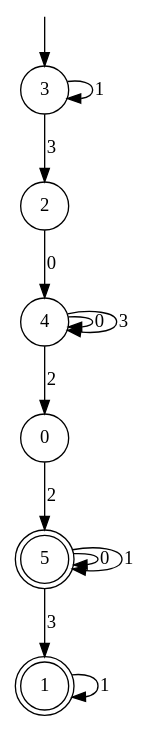
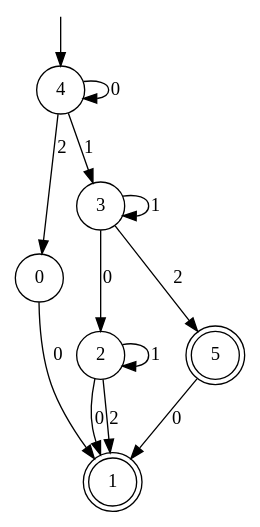
The diagram in automaton_to_regex/automaton.dot (xinqin23/ShapeIt), drawn with Graphviz before and after one commit. The commit also changed 8 other files, not shown here.

```diff
--- a/automaton_to_regex/automaton.dot
+++ b/automaton_to_regex/automaton.dot
@@ -1,24 +1,24 @@
 digraph g {
 
 	s0 [shape="circle" label="0"];
 	s1 [shape="doublecircle" label="1"];
 	s2 [shape="circle" label="2"];
 	s3 [shape="circle" label="3"];
 	s4 [shape="circle" label="4"];
 	s5 [shape="doublecircle" label="5"];
-	s0 -> s5 [label="2"];
-	s1 -> s1 [label="1"];
-	s2 -> s4 [label="0"];
+	s0 -> s1 [label="0"];
+	s2 -> s1 [label="0"];
+	s2 -> s2 [label="1"];
+	s2 -> s1 [label="2"];
+	s3 -> s2 [label="0"];
 	s3 -> s3 [label="1"];
-	s3 -> s2 [label="3"];
+	s3 -> s5 [label="2"];
 	s4 -> s4 [label="0"];
+	s4 -> s3 [label="1"];
 	s4 -> s0 [label="2"];
-	s4 -> s4 [label="3"];
-	s5 -> s5 [label="0"];
-	s5 -> s5 [label="1"];
-	s5 -> s1 [label="3"];
+	s5 -> s1 [label="0"];
 
 __start0 [label="" shape="none" width="0" height="0"];
-__start0 -> s3;
+__start0 -> s4;
 
 }
```
